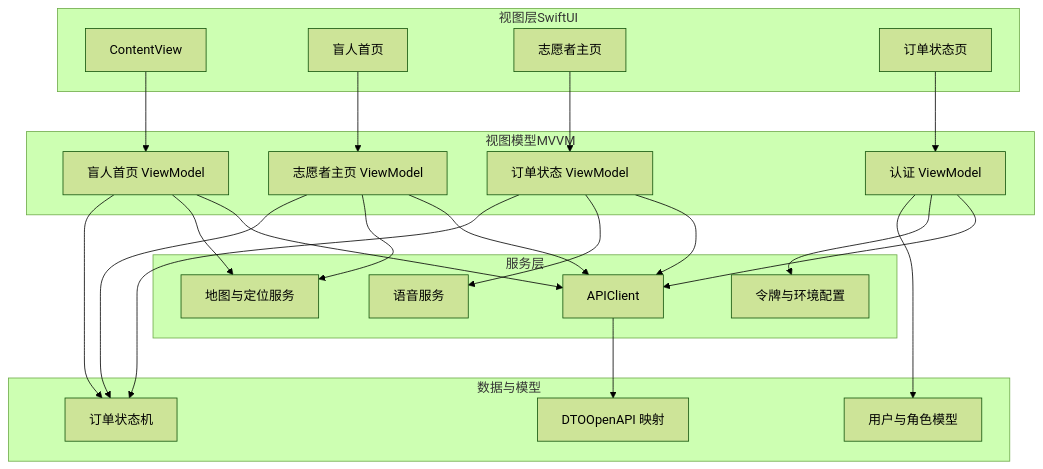
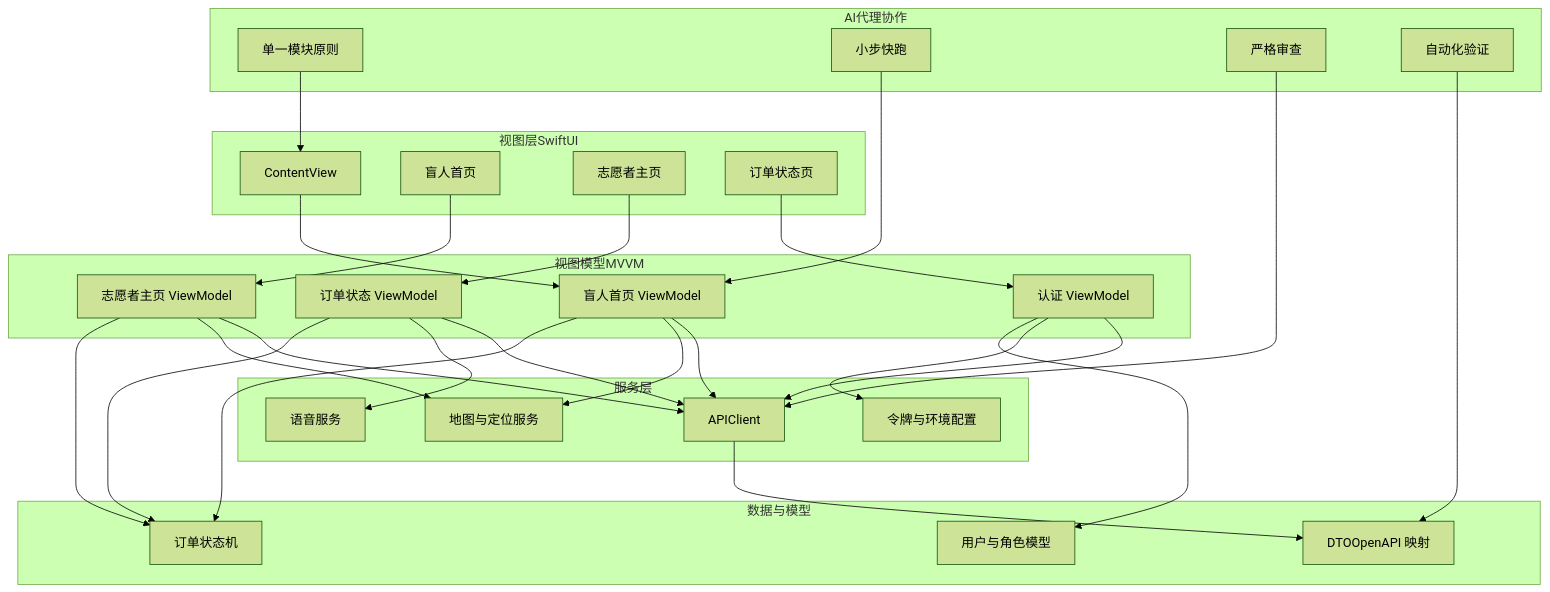
Before and after one commit to Jayden23018/blind-run-ios: the second of 9 diagrams in .qoder/repowiki/zh/content/开发指南/开发指南.md, drawn with Mermaid (forest theme). The commit also changed other lines of this file and 10 other files, not shown here.

````diff
--- a/.qoder/repowiki/zh/content/开发指南/开发指南.md
+++ b/.qoder/repowiki/zh/content/开发指南/开发指南.md
@@ -110,43 +128,53 @@
 ```mermaid
 graph TB
 subgraph "视图层SwiftUI"
 V1["ContentView"]
 V2["盲人首页"]
 V3["志愿者主页"]
 V4["订单状态页"]
 end
 subgraph "视图模型MVVM"
 VM1["盲人首页 ViewModel"]
 VM2["志愿者主页 ViewModel"]
 VM3["订单状态 ViewModel"]
 VM4["认证 ViewModel"]
 end
 subgraph "服务层"
 S1["APIClient"]
 S2["地图与定位服务"]
 S3["语音服务"]
 S4["令牌与环境配置"]
 end
 subgraph "数据与模型"
 M1["DTOOpenAPI 映射"]
 M2["订单状态机"]
 M3["用户与角色模型"]
 end
+subgraph "AI代理协作"
+A1["单一模块原则"]
+A2["小步快跑"]
+A3["严格审查"]
+A4["自动化验证"]
+end
 V1 --> VM1
 V2 --> VM2
 V3 --> VM3
 V4 --> VM4
 VM1 --> S1
 VM2 --> S1
 VM3 --> S1
 VM4 --> S1
 VM1 --> S2
 VM2 --> S2
 VM3 --> S3
 VM4 --> S4
 S1 --> M1
 VM1 --> M2
 VM2 --> M2
 VM3 --> M2
 VM4 --> M3
+A1 --> V1
+A2 --> VM1
+A3 --> S1
+A4 --> M1
 ```
````
